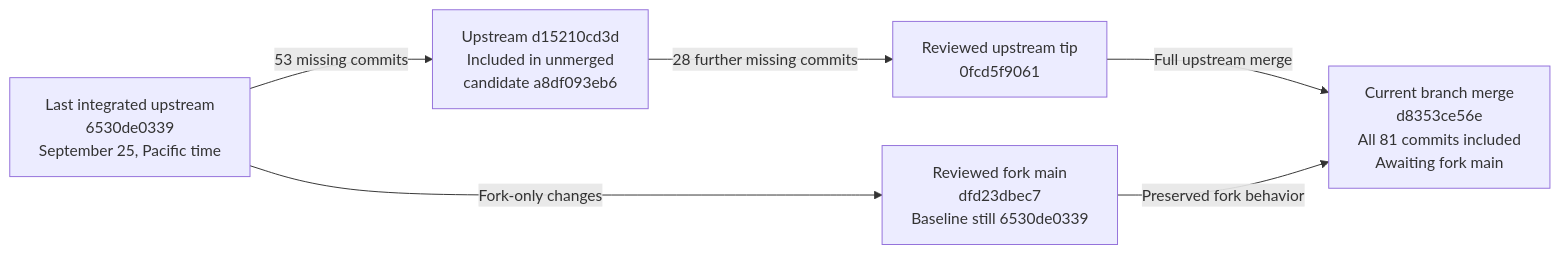
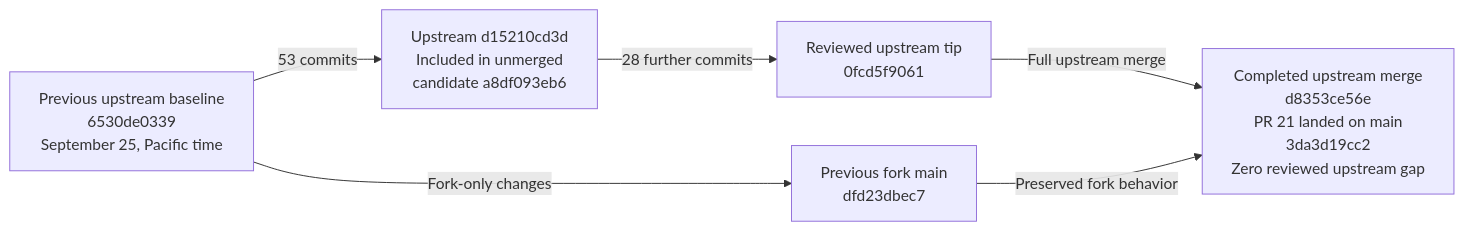
Before and after one commit to NicholasZolton/t3code: the diagram in wiki/assets/upstream-integration.mmd, drawn with Mermaid. The commit also changed 4 other files, not shown here.

Commit message:
docs(wiki): record completed upstream integration on main

```diff
--- a/wiki/assets/upstream-integration.mmd
+++ b/wiki/assets/upstream-integration.mmd
@@ -1,19 +1,19 @@
 ---
 config:
   fontFamily: Arial, sans-serif
   themeVariables:
     fontFamily: Arial, sans-serif
 ---
 %% Render with mmdc -s 3 --no-font-embed to keep the SVG free of bundled fonts.
 flowchart LR
-    baseline["Last integrated upstream<br/>6530de0339<br/>September 25, Pacific time"]
+    baseline["Previous upstream baseline<br/>6530de0339<br/>September 25, Pacific time"]
     candidate["Upstream d15210cd3d<br/>Included in unmerged<br/>candidate a8df093eb6"]
     latest["Reviewed upstream tip<br/>0fcd5f9061"]
-    fork["Reviewed fork main<br/>dfd23dbec7<br/>Baseline still 6530de0339"]
-    integrated["Current branch merge<br/>d8353ce56e<br/>All 81 commits included<br/>Awaiting fork main"]
+    fork["Previous fork main<br/>dfd23dbec7"]
+    integrated["Completed upstream merge<br/>d8353ce56e<br/>PR 21 landed on main<br/>3da3d19cc2<br/>Zero reviewed upstream gap"]
 
-    baseline -->|53 missing commits| candidate
-    candidate -->|28 further missing commits| latest
+    baseline -->|53 commits| candidate
+    candidate -->|28 further commits| latest
     baseline -->|Fork-only changes| fork
     latest -->|Full upstream merge| integrated
     fork -->|Preserved fork behavior| integrated
```
